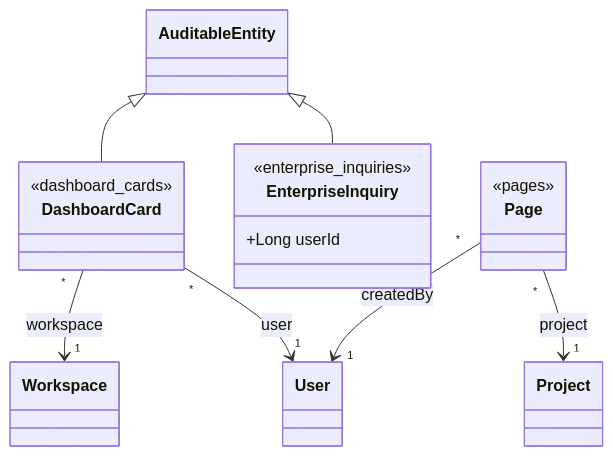
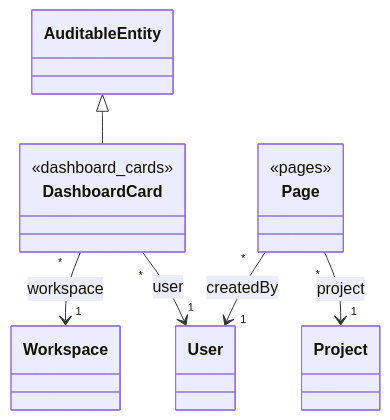
One commit to taskforce-project/taskforce-docs changed the sixth of 7 diagrams in v1/03-architecture/Diagramme_Classes_UML.md. Above: the diagram before and after it, drawn with Mermaid. The commit also changed other lines of this file and 2 other files, not shown here.

First line of the commit message:
docs(architecture): regenerate the data model, dictionary and class diagram

````diff
--- a/v1/03-architecture/Diagramme_Classes_UML.md
+++ b/v1/03-architecture/Diagramme_Classes_UML.md
@@ -351,19 +365,14 @@
 ```mermaid
 classDiagram
   class DashboardCard {
     <<dashboard_cards>>
   }
   AuditableEntity <|-- DashboardCard
-  class EnterpriseInquiry {
-    <<enterprise_inquiries>>
-    +Long userId
-  }
-  AuditableEntity <|-- EnterpriseInquiry
   class Page {
     <<pages>>
   }
   DashboardCard "*" --> "1" Workspace : workspace
   DashboardCard "*" --> "1" User : user
   Page "*" --> "1" Project : project
   Page "*" --> "1" User : createdBy
 ```
````
